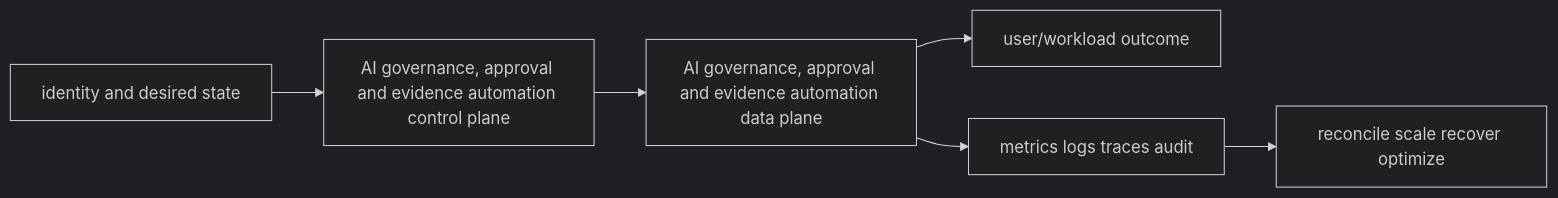
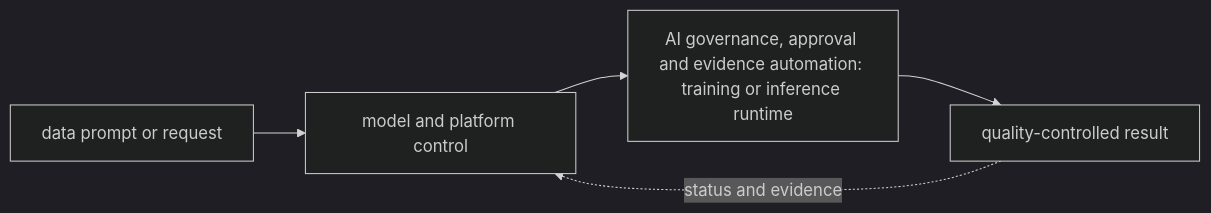
Before and after one commit to tomkidumbuyo/DevOps-interview-preparation: the diagram in 11-ai-platform/08-mlops-and-llmops-lifecycle/24-governance-approval-evidence/README.md, drawn with Mermaid (dark theme). The commit also changed other lines of this file and 753 other files, not shown here.

````diff
--- a/11-ai-platform/08-mlops-and-llmops-lifecycle/24-governance-approval-evidence/README.md
+++ b/11-ai-platform/08-mlops-and-llmops-lifecycle/24-governance-approval-evidence/README.md
@@ -19,8 +31,7 @@
 ```mermaid
 flowchart LR
-  I[identity and desired state] --> C[AI governance, approval and evidence automation control plane]
-  C --> D[AI governance, approval and evidence automation data plane]
-  D --> U[user/workload outcome]
-  D --> O[metrics logs traces audit]
-  O --> R[reconcile scale recover optimize]
+  A["data prompt or request"] --> B["model and platform control"]
+  B --> C["AI governance, approval and evidence automation: training or inference runtime"]
+  C --> D["quality-controlled result"]
+  D -. "status and evidence" .-> B
 ```
````
